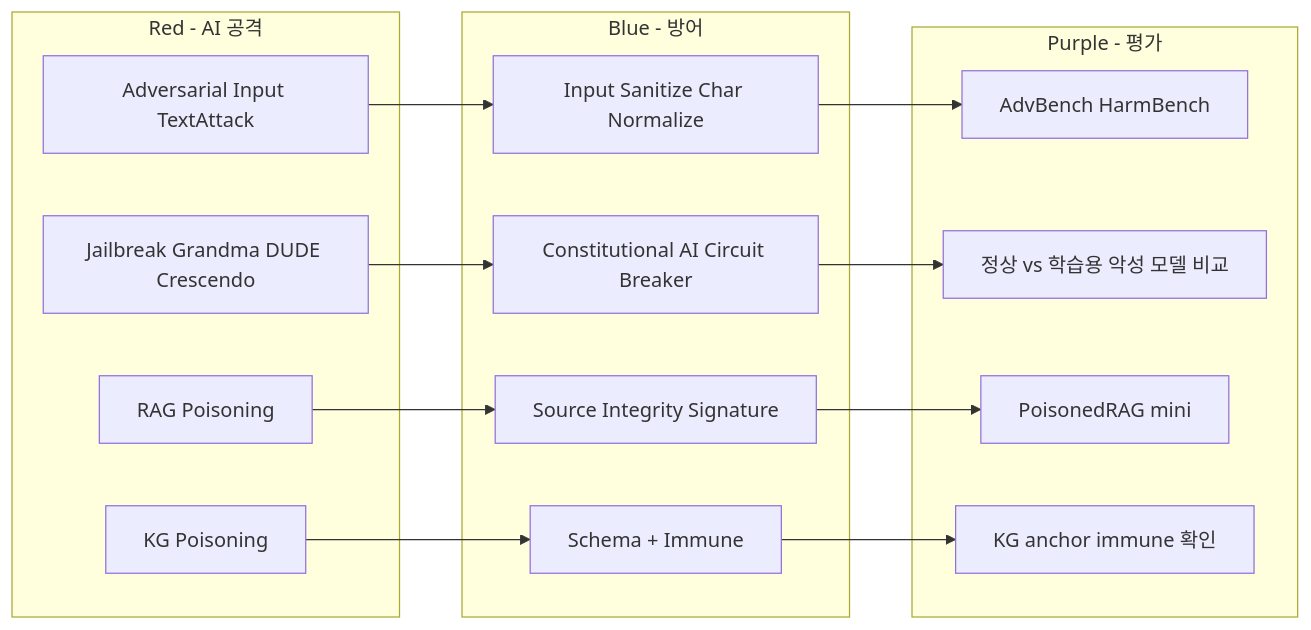
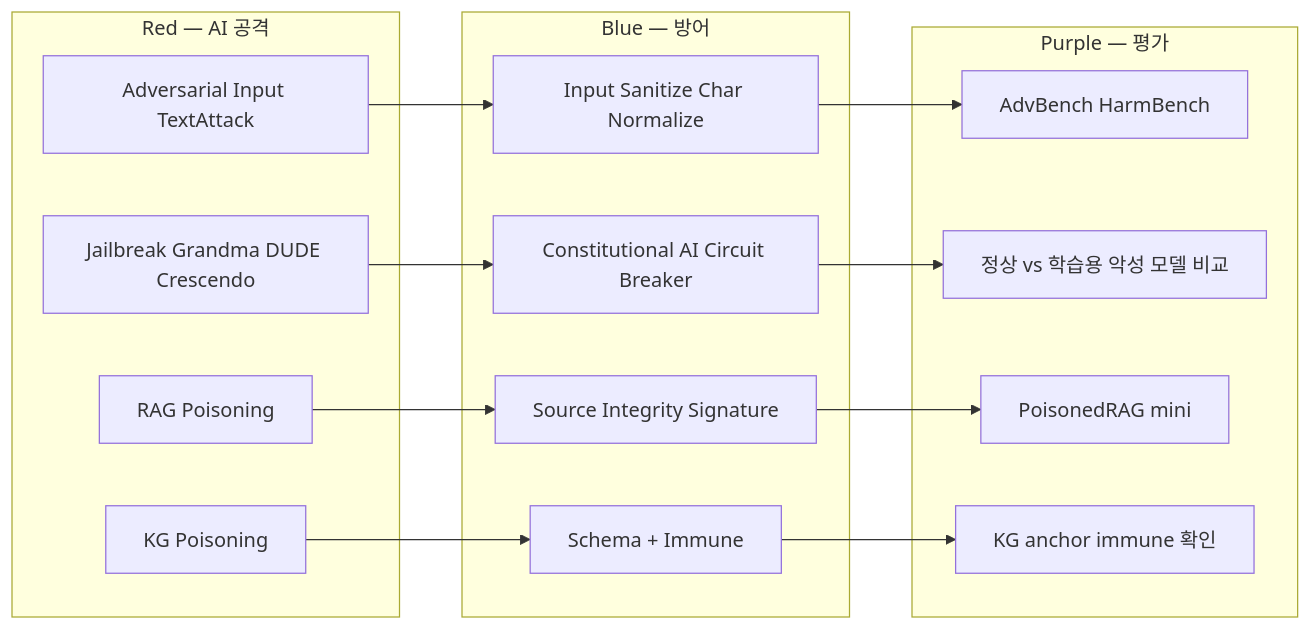
Before and after one commit to mrgrit/ccc: the diagram in contents/standalone/lecture/aisec/week09.md, drawn with Mermaid. The commit also changed other lines of this file and 14 other files, not shown here.

````diff
--- a/contents/standalone/lecture/aisec/week09.md
+++ b/contents/standalone/lecture/aisec/week09.md
@@ -489,28 +627,28 @@
 ```mermaid
 flowchart LR
-    subgraph Red [Red - AI 공격]
+    subgraph Red ["Red — AI 공격"]
         R1[Jailbreak Grandma DUDE Crescendo]
         R2[Adversarial Input TextAttack]
         R3[RAG Poisoning]
         R4[KG Poisoning]
     end
 
-    subgraph Blue [Blue - 방어]
+    subgraph Blue ["Blue — 방어"]
         B1[Constitutional AI Circuit Breaker]
         B2[Input Sanitize Char Normalize]
         B3[Source Integrity Signature]
         B4[Schema + Immune]
     end
 
-    subgraph Purple [Purple - 평가]
+    subgraph Purple ["Purple — 평가"]
         P1[AdvBench HarmBench]
         P2[정상 vs 학습용 악성 모델 비교]
         P3[PoisonedRAG mini]
         P4[KG anchor immune 확인]
     end
 
     R1 --> B1 --> P2
     R2 --> B2 --> P1
     R3 --> B3 --> P3
     R4 --> B4 --> P4
 ```
````
